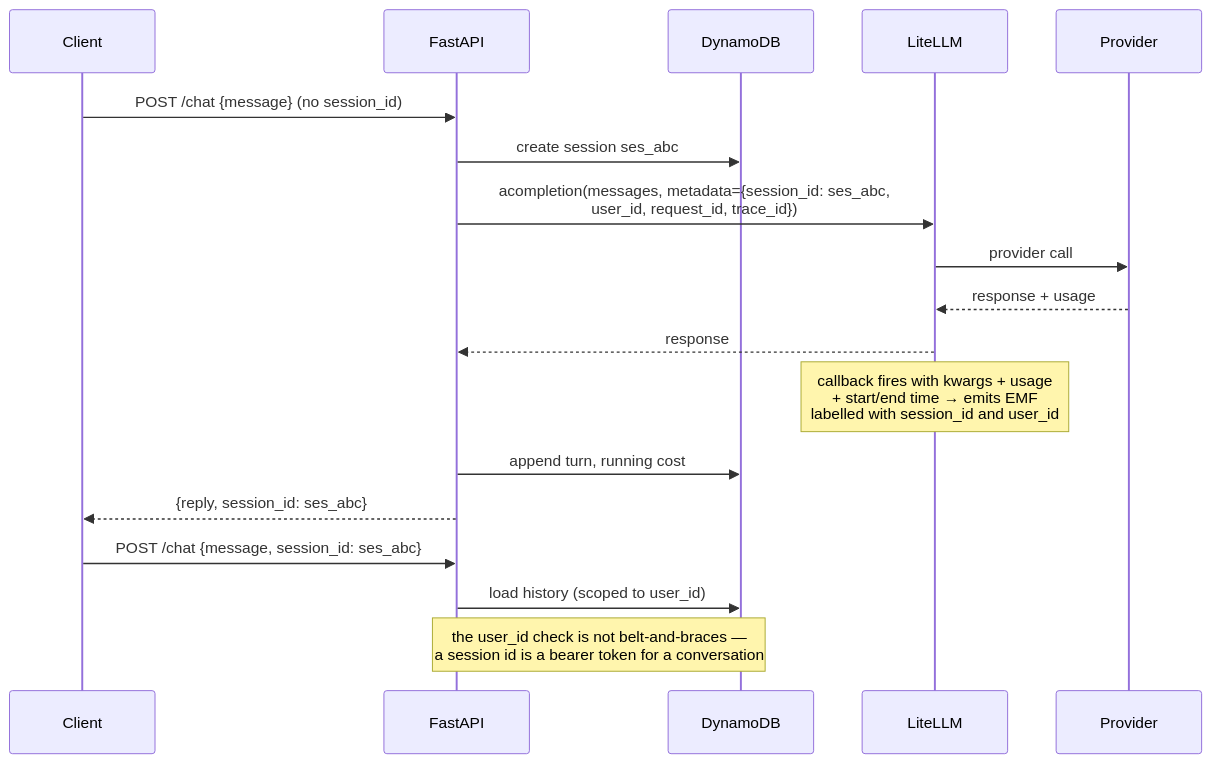
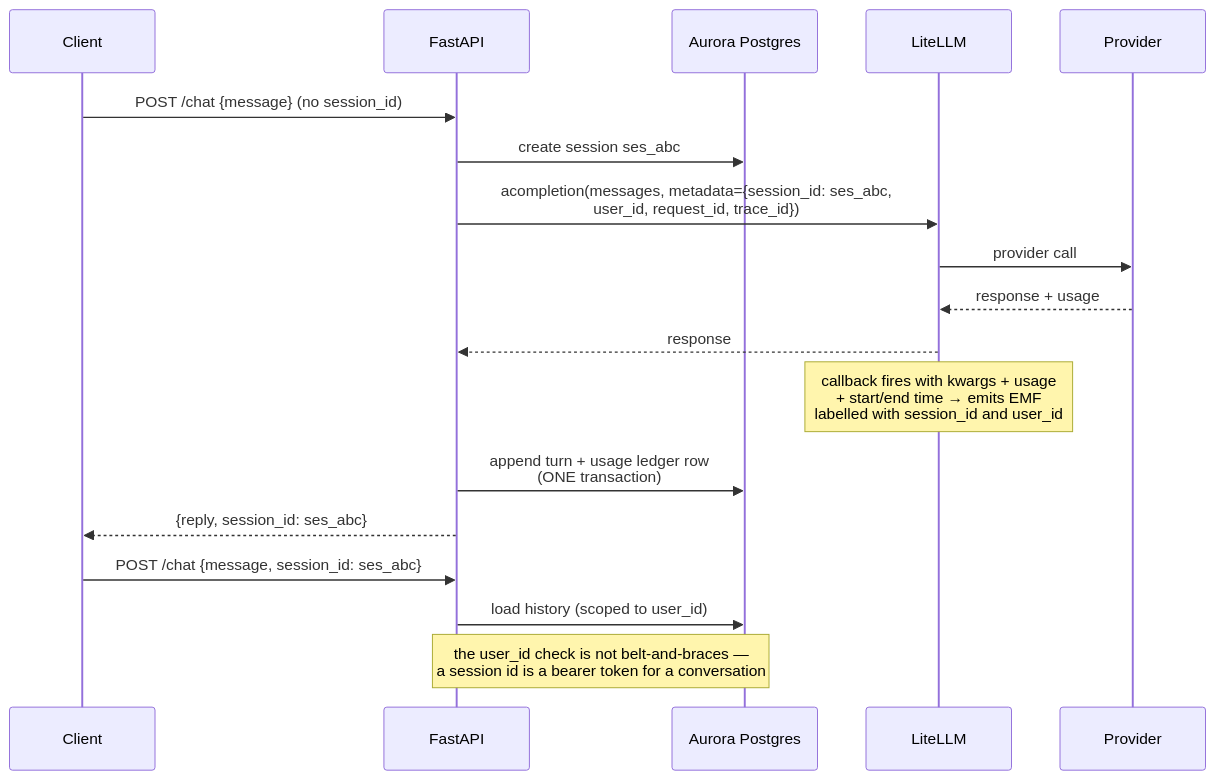
The second of 6 diagrams in observability/LLM_Observability_AWS.adoc (fibaneza/public-tmp), drawn with Mermaid before and after one commit. The commit also changed other lines of this file and 7 other files, not shown here.

```diff
--- a/observability/LLM_Observability_AWS.adoc
+++ b/observability/LLM_Observability_AWS.adoc
@@ -144,23 +144,23 @@
 [mermaid]
 ....
 sequenceDiagram
     participant C as Client
     participant F as FastAPI
-    participant D as DynamoDB
+    participant D as Aurora Postgres
     participant L as LiteLLM
     participant P as Provider
 
     C->>F: POST /chat {message}  (no session_id)
     F->>D: create session ses_abc
     F->>L: acompletion(messages, metadata={session_id: ses_abc,<br/>user_id, request_id, trace_id})
     L->>P: provider call
     P-->>L: response + usage
     L-->>F: response
     Note over L: callback fires with kwargs + usage<br/>+ start/end time → emits EMF<br/>labelled with session_id and user_id
-    F->>D: append turn, running cost
+    F->>D: append turn + usage ledger row<br/>(ONE transaction)
     F-->>C: {reply, session_id: ses_abc}
 
     C->>F: POST /chat {message, session_id: ses_abc}
     F->>D: load history (scoped to user_id)
     Note over F,D: the user_id check is not belt-and-braces —<br/>a session id is a bearer token for a conversation
 ....
```
